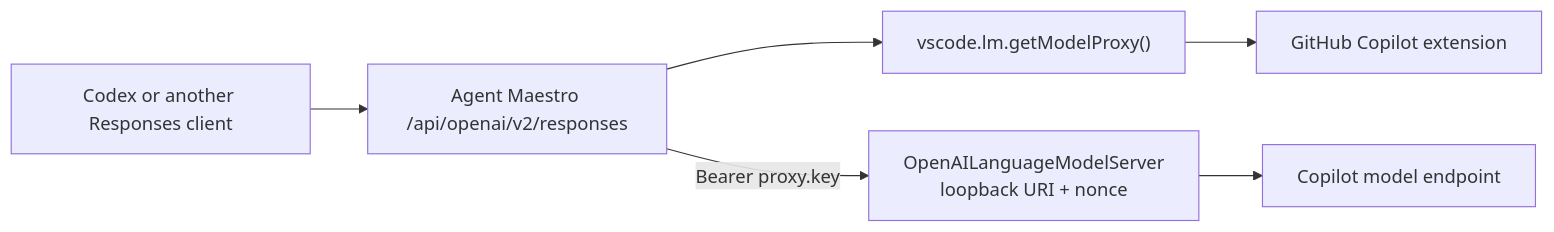
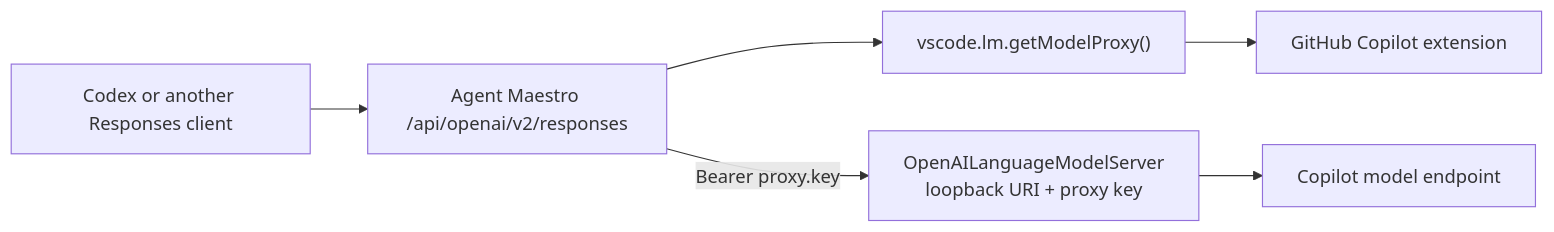
Before and after one commit to Joouis/agent-maestro: the diagram in docs/vscode-openai-language-model-proxy-survey.md, drawn with Mermaid. The commit also changed other lines of this file, not shown here.

Commit message:
docs: clarify model proxy key terminology

````diff
--- a/docs/vscode-openai-language-model-proxy-survey.md
+++ b/docs/vscode-openai-language-model-proxy-survey.md
@@ -75,15 +75,15 @@
 ```mermaid
 flowchart LR
     Client["Codex or another Responses client"]
     AM["Agent Maestro /api/openai/v2/responses"]
     VSCode["vscode.lm.getModelProxy()"]
     Copilot["GitHub Copilot extension"]
-    Proxy["OpenAILanguageModelServer\nloopback URI + nonce"]
+    Proxy["OpenAILanguageModelServer\nloopback URI + proxy key"]
     Endpoint["Copilot model endpoint"]
 
     Client --> AM
     AM --> VSCode
     VSCode --> Copilot
     AM -->|"Bearer proxy.key"| Proxy
     Proxy --> Endpoint
 ```
````
